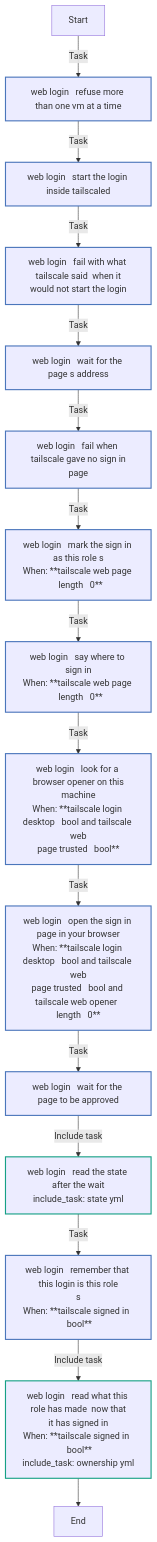
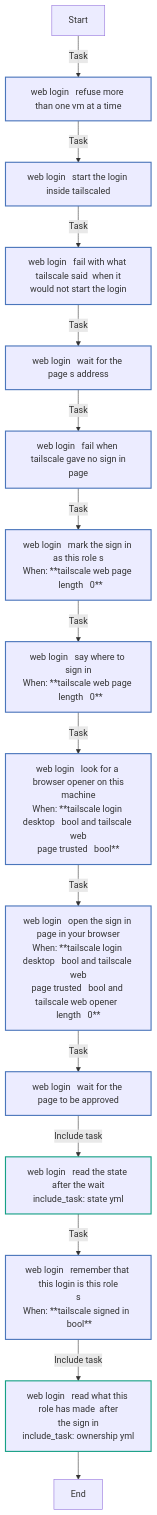
One commit to kawadeomkar/agent-warehouse changed diagram 13 of 13 in docs/reference/roles/tailscale.md. Above: the diagram before and after it, drawn with Mermaid. The commit also changed other lines of this file and 21 other files, not shown here.

First line of the commit message:
fix(tailscale): record every Tailscale login a run sees, VM by VM

````diff
--- a/docs/reference/roles/tailscale.md
+++ b/docs/reference/roles/tailscale.md
@@ -606,27 +609,27 @@
 ```mermaid
 flowchart TD
 Start
 classDef block stroke:#3498db,stroke-width:2px;
 classDef task stroke:#4b76bb,stroke-width:2px;
 classDef includeTasks stroke:#16a085,stroke-width:2px;
 classDef importTasks stroke:#34495e,stroke-width:2px;
 classDef includeRole stroke:#2980b9,stroke-width:2px;
 classDef importRole stroke:#699ba7,stroke-width:2px;
 classDef includeVars stroke:#8e44ad,stroke-width:2px;
 classDef rescue stroke:#665352,stroke-width:2px;
 
   Start-->|Task| web_login___Refuse_more_than_one_VM_at_a_time0[web login   refuse more than one vm at a time]:::task
   web_login___Refuse_more_than_one_VM_at_a_time0-->|Task| web_login___Start_the_login_inside_tailscaled1[web login   start the login inside tailscaled]:::task
   web_login___Start_the_login_inside_tailscaled1-->|Task| web_login___Fail_with_what_tailscale_said__when_it_would_not_start_the_login2[web login   fail with what tailscale said  when it<br>would not start the login]:::task
   web_login___Fail_with_what_tailscale_said__when_it_would_not_start_the_login2-->|Task| web_login___Wait_for_the_page_s_address3[web login   wait for the page s address]:::task
   web_login___Wait_for_the_page_s_address3-->|Task| web_login___Fail_when_tailscale_gave_no_sign_in_page4[web login   fail when tailscale gave no sign in<br>page]:::task
   web_login___Fail_when_tailscale_gave_no_sign_in_page4-->|Task| web_login___Mark_the_sign_in_as_this_role_s5[web login   mark the sign in as this role s<br>When: **tailscale web page   length   0**]:::task
   web_login___Mark_the_sign_in_as_this_role_s5-->|Task| web_login___Say_where_to_sign_in6[web login   say where to sign in<br>When: **tailscale web page   length   0**]:::task
   web_login___Say_where_to_sign_in6-->|Task| web_login___Look_for_a_browser_opener_on_this_machine7[web login   look for a browser opener on this<br>machine<br>When: **tailscale login desktop   bool and tailscale web<br>page trusted   bool**]:::task
   web_login___Look_for_a_browser_opener_on_this_machine7-->|Task| web_login___Open_the_sign_in_page_in_your_browser8[web login   open the sign in page in your browser<br>When: **tailscale login desktop   bool and tailscale web<br>page trusted   bool and tailscale web opener  <br>length   0**]:::task
   web_login___Open_the_sign_in_page_in_your_browser8-->|Task| web_login___Wait_for_the_page_to_be_approved9[web login   wait for the page to be approved]:::task
   web_login___Wait_for_the_page_to_be_approved9-->|Include task| web_login___Read_the_state_after_the_wait_state_yml_10[web login   read the state after the wait<br>include_task: state yml]:::includeTasks
   web_login___Read_the_state_after_the_wait_state_yml_10-->|Task| web_login___Remember_that_this_login_is_this_role_s11[web login   remember that this login is this role<br>s<br>When: **tailscale signed in   bool**]:::task
-  web_login___Remember_that_this_login_is_this_role_s11-->|Include task| web_login___Read_what_this_role_has_made__now_that_it_has_signed_in_ownership_yml_12[web login   read what this role has made  now that<br>it has signed in<br>When: **tailscale signed in   bool**<br>include_task: ownership yml]:::includeTasks
-  web_login___Read_what_this_role_has_made__now_that_it_has_signed_in_ownership_yml_12-->End
+  web_login___Remember_that_this_login_is_this_role_s11-->|Include task| web_login___Read_what_this_role_has_made__after_the_sign_in_ownership_yml_12[web login   read what this role has made  after<br>the sign in<br>include_task: ownership yml]:::includeTasks
+  web_login___Read_what_this_role_has_made__after_the_sign_in_ownership_yml_12-->End
 ```
````
